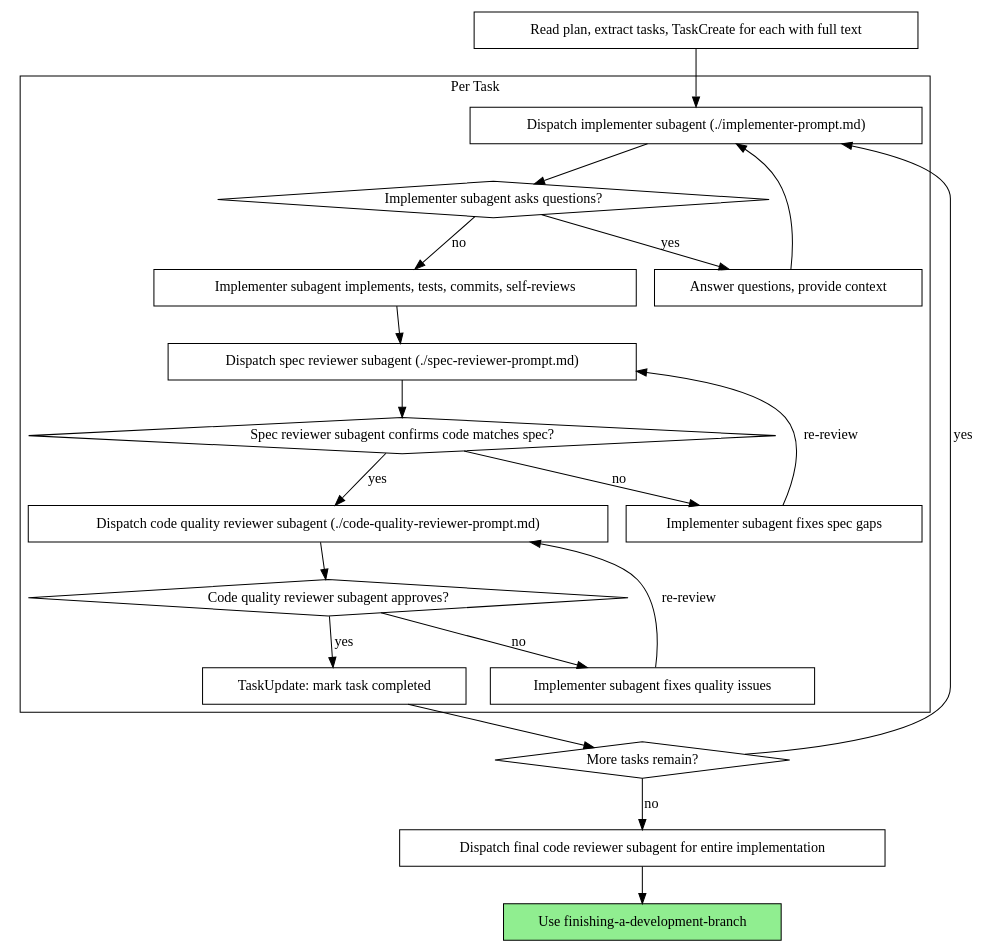
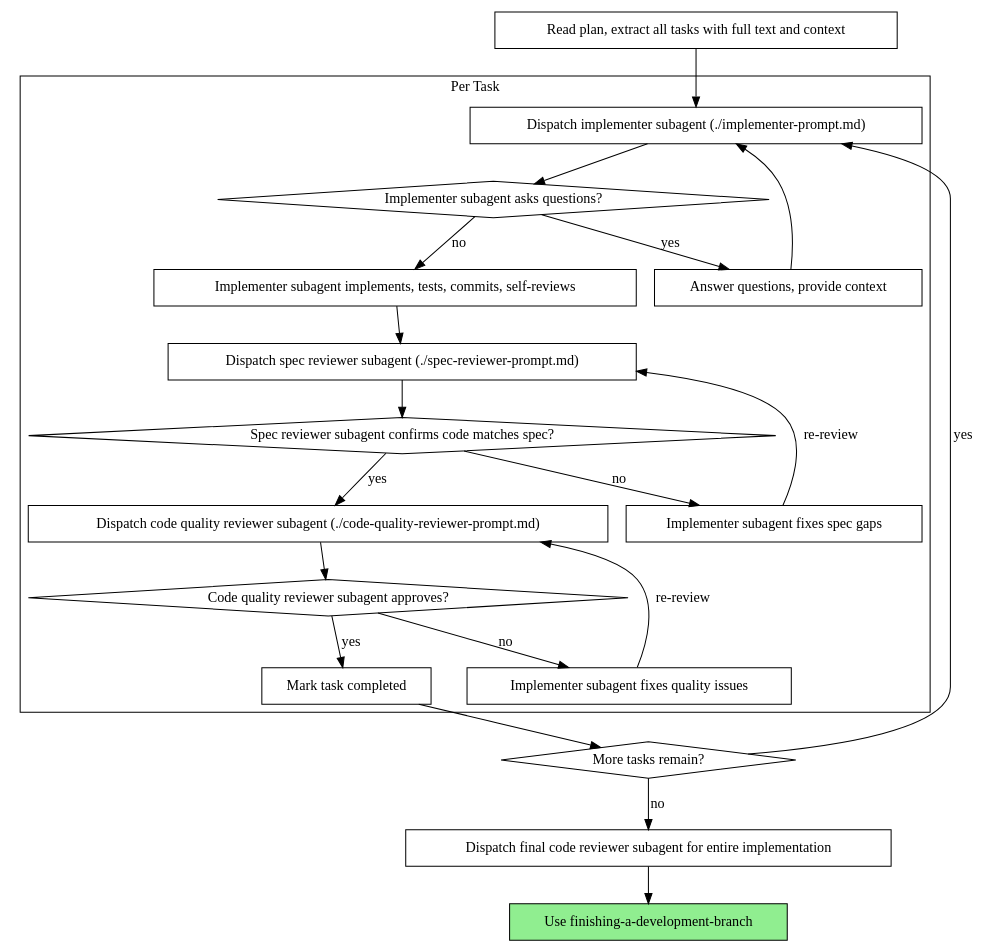
One commit to cinjoff/fhhs-skills changed the second of 2 diagrams in skills/subagent-driven-development/SKILL.md. Above: the diagram before and after it, drawn with Graphviz. The commit also changed other lines of this file and 193 other files, not shown here.

````diff
--- a/skills/subagent-driven-development/SKILL.md
+++ b/skills/subagent-driven-development/SKILL.md
@@ -40,44 +40,44 @@
 ```dot
 digraph process {
     rankdir=TB;
 
     subgraph cluster_per_task {
         label="Per Task";
         "Dispatch implementer subagent (./implementer-prompt.md)" [shape=box];
         "Implementer subagent asks questions?" [shape=diamond];
         "Answer questions, provide context" [shape=box];
         "Implementer subagent implements, tests, commits, self-reviews" [shape=box];
         "Dispatch spec reviewer subagent (./spec-reviewer-prompt.md)" [shape=box];
         "Spec reviewer subagent confirms code matches spec?" [shape=diamond];
         "Implementer subagent fixes spec gaps" [shape=box];
         "Dispatch code quality reviewer subagent (./code-quality-reviewer-prompt.md)" [shape=box];
         "Code quality reviewer subagent approves?" [shape=diamond];
         "Implementer subagent fixes quality issues" [shape=box];
-        "TaskUpdate: mark task completed" [shape=box];
+        "Mark task completed" [shape=box];
     }
 
-    "Read plan, extract tasks, TaskCreate for each with full text" [shape=box];
+    "Read plan, extract all tasks with full text and context" [shape=box];
     "More tasks remain?" [shape=diamond];
     "Dispatch final code reviewer subagent for entire implementation" [shape=box];
     "Use finishing-a-development-branch" [shape=box style=filled fillcolor=lightgreen];
 
-    "Read plan, extract tasks, TaskCreate for each with full text" -> "Dispatch implementer subagent (./implementer-prompt.md)";
+    "Read plan, extract all tasks with full text and context" -> "Dispatch implementer subagent (./implementer-prompt.md)";
     "Dispatch implementer subagent (./implementer-prompt.md)" -> "Implementer subagent asks questions?";
     "Implementer subagent asks questions?" -> "Answer questions, provide context" [label="yes"];
     "Answer questions, provide context" -> "Dispatch implementer subagent (./implementer-prompt.md)";
     "Implementer subagent asks questions?" -> "Implementer subagent implements, tests, commits, self-reviews" [label="no"];
     "Implementer subagent implements, tests, commits, self-reviews" -> "Dispatch spec reviewer subagent (./spec-reviewer-prompt.md)";
     "Dispatch spec reviewer subagent (./spec-reviewer-prompt.md)" -> "Spec reviewer subagent confirms code matches spec?";
     "Spec reviewer subagent confirms code matches spec?" -> "Implementer subagent fixes spec gaps" [label="no"];
     "Implementer subagent fixes spec gaps" -> "Dispatch spec reviewer subagent (./spec-reviewer-prompt.md)" [label="re-review"];
     "Spec reviewer subagent confirms code matches spec?" -> "Dispatch code quality reviewer subagent (./code-quality-reviewer-prompt.md)" [label="yes"];
     "Dispatch code quality reviewer subagent (./code-quality-reviewer-prompt.md)" -> "Code quality reviewer subagent approves?";
     "Code quality reviewer subagent approves?" -> "Implementer subagent fixes quality issues" [label="no"];
     "Implementer subagent fixes quality issues" -> "Dispatch code quality reviewer subagent (./code-quality-reviewer-prompt.md)" [label="re-review"];
-    "Code quality reviewer subagent approves?" -> "TaskUpdate: mark task completed" [label="yes"];
-    "TaskUpdate: mark task completed" -> "More tasks remain?";
+    "Code quality reviewer subagent approves?" -> "Mark task completed" [label="yes"];
+    "Mark task completed" -> "More tasks remain?";
     "More tasks remain?" -> "Dispatch implementer subagent (./implementer-prompt.md)" [label="yes"];
     "More tasks remain?" -> "Dispatch final code reviewer subagent for entire implementation" [label="no"];
     "Dispatch final code reviewer subagent for entire implementation" -> "Use finishing-a-development-branch";
 }
 ```
````
